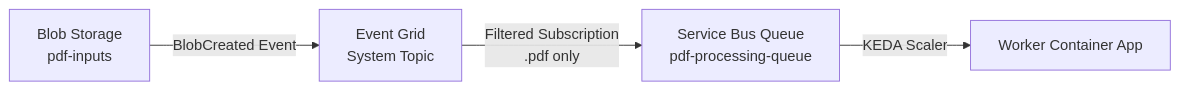
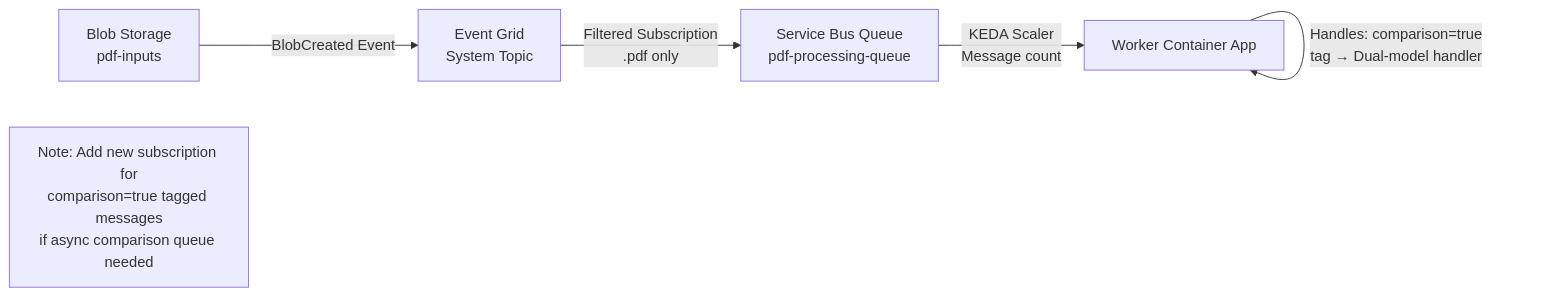
Before and after one commit to olivMertens/ClassyMail: the diagram in docs/INFRA_CONFIGURATION.md, drawn with Mermaid. The commit also changed 30 other files, not shown here.

````diff
--- a/docs/INFRA_CONFIGURATION.md
+++ b/docs/INFRA_CONFIGURATION.md
@@ -48,6 +48,8 @@
 ```mermaid
 flowchart LR
     Blob[Blob Storage<br/>pdf-inputs] -->|BlobCreated Event| EG[Event Grid<br/>System Topic]
     EG -->|Filtered Subscription<br/>.pdf only| SB[Service Bus Queue<br/>pdf-processing-queue]
-    SB -->|KEDA Scaler| Worker[Worker Container App]
+    SB -->|KEDA Scaler<br/>Message count| Worker[Worker Container App]
+    Worker -->|Handles: comparison=true<br/>tag → Dual-model handler| Worker
+    note[Note: Add new subscription for<br/>comparison=true tagged messages<br/>if async comparison queue needed]
 ```
````
